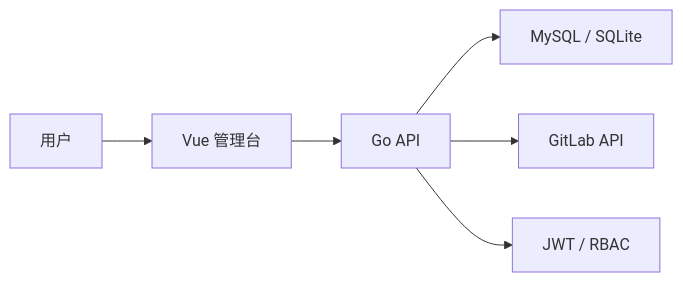
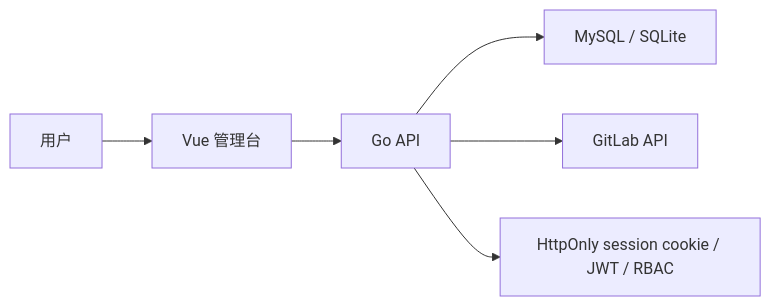
One commit to jktest709-arch/delivery-platform changed the first of 2 diagrams in docs/architecture.md. Above: the diagram before and after it, drawn with Mermaid. The commit also changed other lines of this file and 33 other files, not shown here.

````diff
--- a/docs/architecture.md
+++ b/docs/architecture.md
@@ -5,8 +5,8 @@
 ```mermaid
 flowchart LR
   User["用户"] --> Web["Vue 管理台"]
   Web --> API["Go API"]
   API --> DB["MySQL / SQLite"]
   API --> GitLab["GitLab API"]
-  API --> Auth["JWT / RBAC"]
+  API --> Auth["HttpOnly session cookie / JWT / RBAC"]
 ```
````
